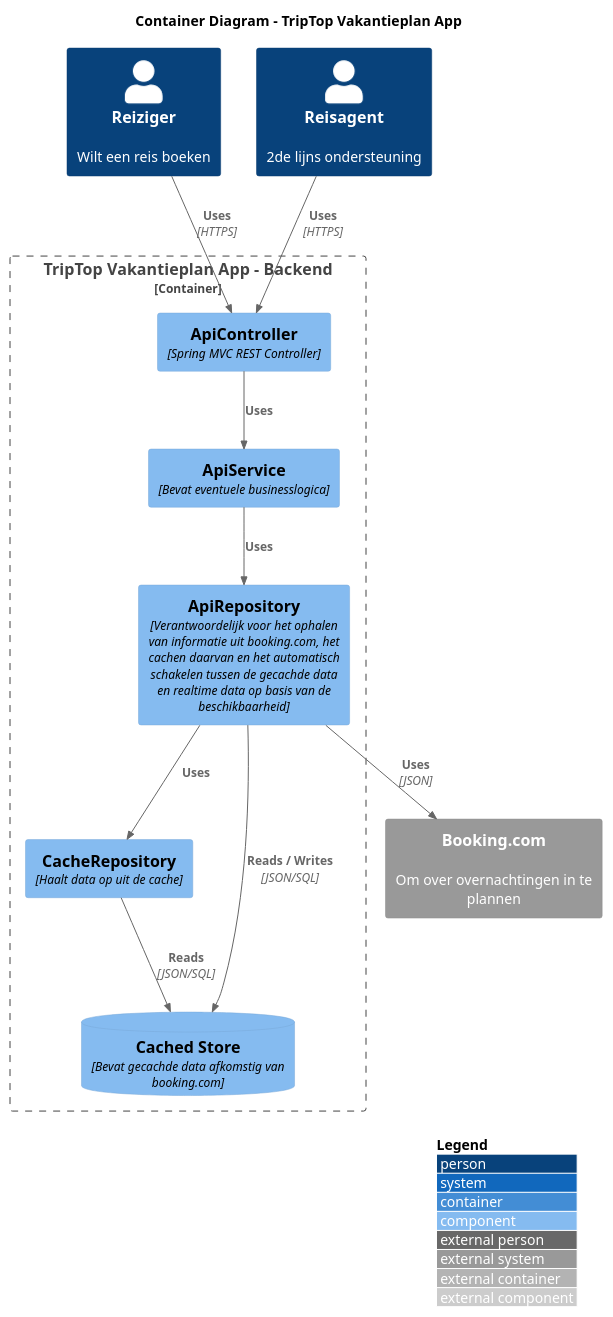
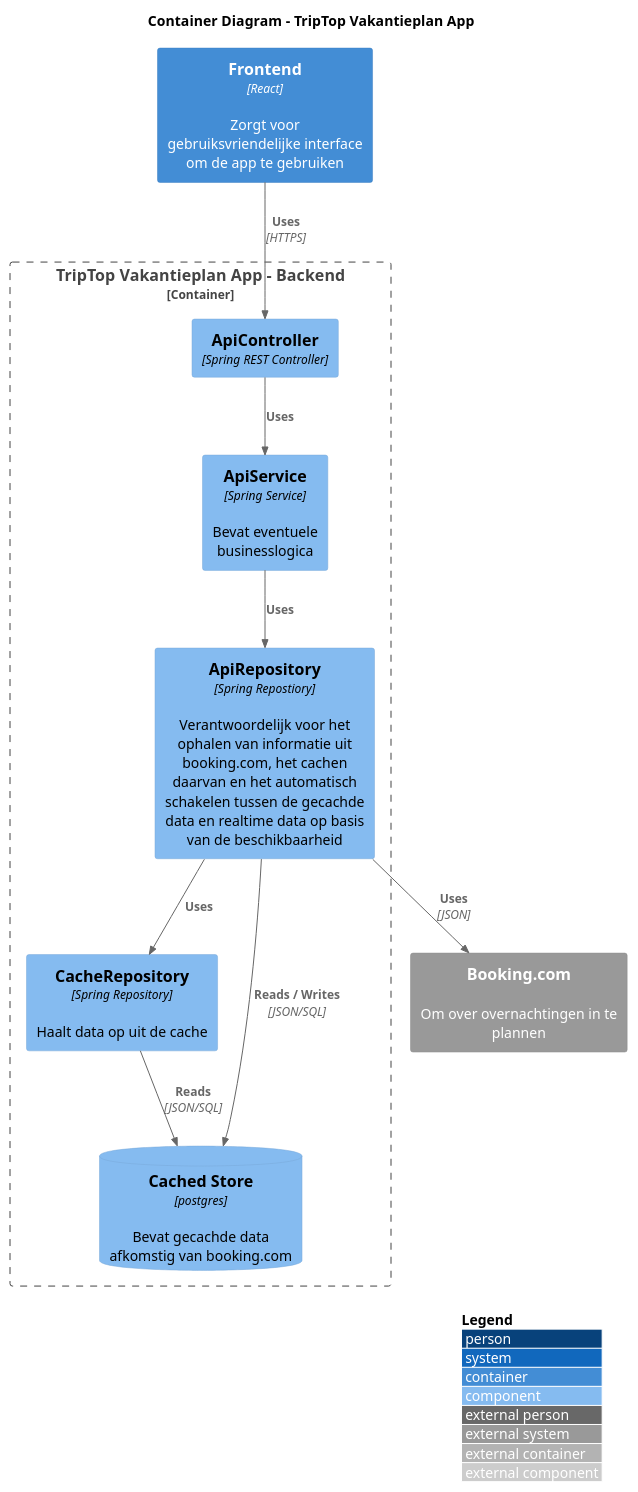
The diagram in opdracht-diagrammen/component_diagram_onderzoeksvraag1_ramon.puml (AIM-ENE-feb25/triptop-groep-3-pedro-ramon-mees), drawn with PlantUML before and after one commit.

Commit message:
Update component diagram

```diff
--- a/opdracht-diagrammen/component_diagram_onderzoeksvraag1_ramon.puml
+++ b/opdracht-diagrammen/component_diagram_onderzoeksvraag1_ramon.puml
@@ -1,35 +1,33 @@
 @startuml component_diagram_onderzoeksvraag1_ramon
 
 !include https://raw.githubusercontent.com/plantuml-stdlib/C4-PlantUML/master/C4_Component.puml
 
 title Container Diagram - TripTop Vakantieplan App
 
-Person(reiziger,  "Reiziger",  "Wilt een reis boeken")
-Person(reisagent, "Reisagent", "2de lijns ondersteuning")
+Container(frontend, "Frontend", "React", "Zorgt voor gebruiksvriendelijke interface om de app te gebruiken")
 
 Container_Boundary(boundary,   "TripTop Vakantieplan App - Backend") {
-    Component(apicontroller,   "ApiController",   "Spring MVC REST Controller")
-    Component(apiservice,      "ApiService",      "Bevat eventuele businesslogica")
-    Component(apirepository,   "ApiRepository",   "Verantwoordelijk voor het ophalen van informatie uit booking.com, het cachen daarvan en het automatisch schakelen tussen de gecachde data en realtime data op basis van de beschikbaarheid")
-    Component(cacherepository, "CacheRepository", "Haalt data op uit de cache")
-    ComponentDb(db, "Cached Store", "Bevat gecachde data afkomstig van booking.com")
+    Component(apicontroller,   "ApiController",   "Spring REST Controller")
+    Component(apiservice,      "ApiService",      "Spring Service",    "Bevat eventuele businesslogica")
+    Component(apirepository,   "ApiRepository",   "Spring Repostiory", "Verantwoordelijk voor het ophalen van informatie uit booking.com, het cachen daarvan en het automatisch schakelen tussen de gecachde data en realtime data op basis van de beschikbaarheid")
+    Component(cacherepository, "CacheRepository", "Spring Repository", "Haalt data op uit de cache")
+    ComponentDb(db, "Cached Store", "postgres", "Bevat gecachde data afkomstig van booking.com")
 }
 
-Rel(reiziger,  apicontroller, "Uses", "HTTPS")
-Rel(reisagent, apicontroller, "Uses", "HTTPS")
+Rel(frontend, apicontroller, "Uses", "HTTPS")
 
 Rel(apicontroller, apiservice,    "Uses")
 Rel(apiservice,    apirepository, "Uses")
 
-System_Ext(booking, "Booking.com",  "Om over overnachtingen in te plannen")
+System_Ext(booking, "Booking.com", "Om over overnachtingen in te plannen")
 
 Rel(apirepository, booking,         "Uses", "JSON")
 Rel(apirepository, cacherepository, "Uses")
 
 Rel(apirepository,   db, "Reads / Writes", "JSON/SQL")
 Rel(cacherepository, db, "Reads",          "JSON/SQL")
 
 SHOW_LEGEND(true)
 LAYOUT_WITH_LEGEND()
 
 @enduml
```
